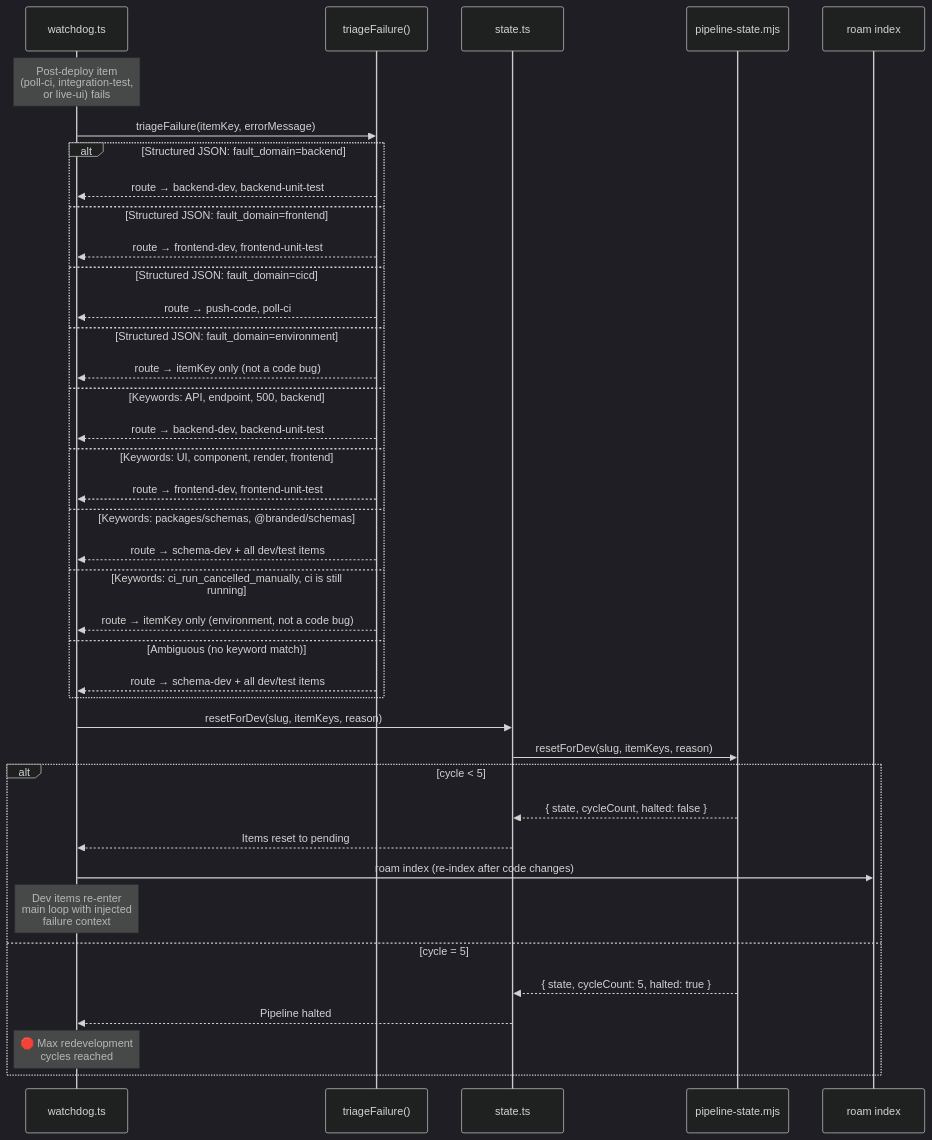
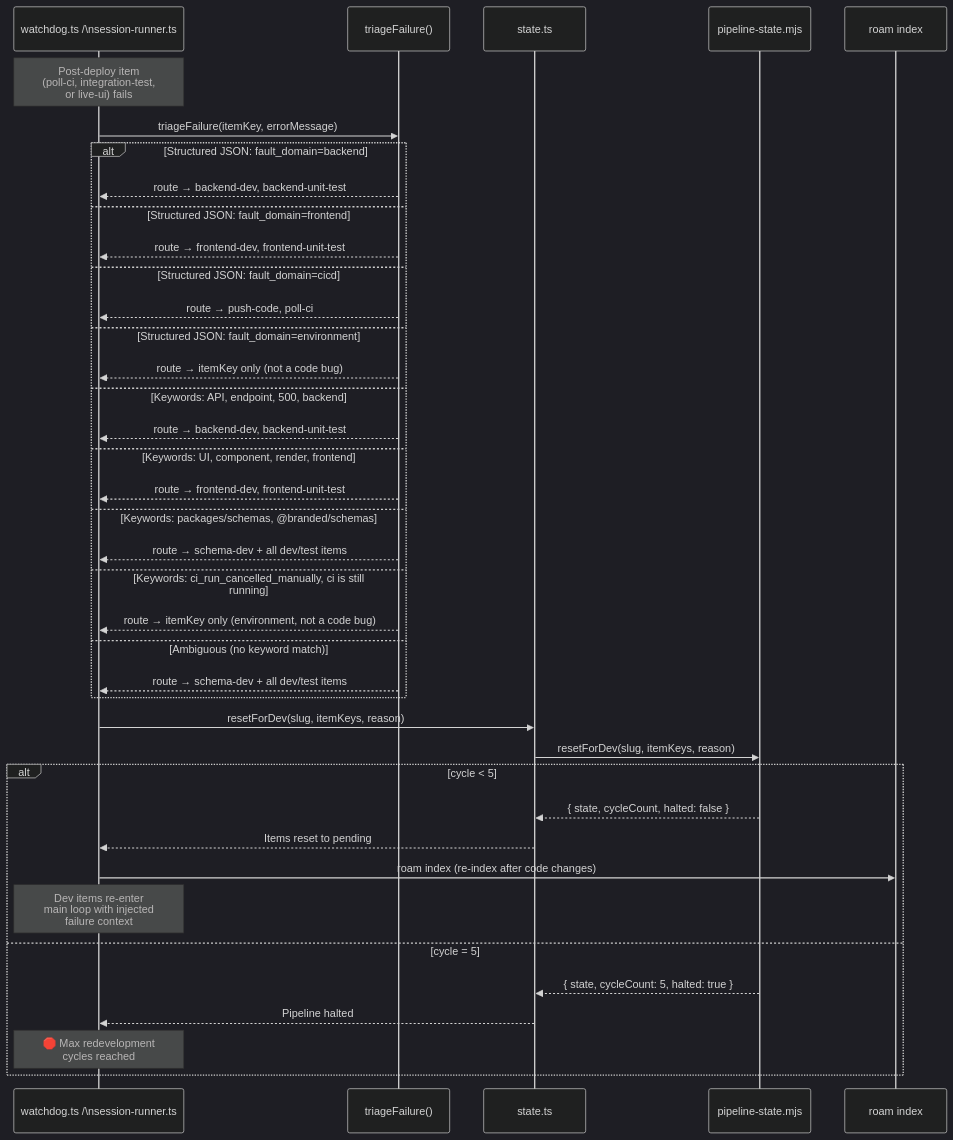
One commit to RomanKaliupinMelonusa/DAGent-t changed the fourth of 7 diagrams in tools/autonomous-factory/docs/04-state-machine.md. Above: the diagram before and after it, drawn with Mermaid (dark theme). The commit also changed 16 other files, not shown here.

````diff
--- a/tools/autonomous-factory/docs/04-state-machine.md
+++ b/tools/autonomous-factory/docs/04-state-machine.md
@@ -169,46 +169,46 @@
 ```mermaid
 sequenceDiagram
-    participant W as watchdog.ts
+    participant W as watchdog.ts /\nsession-runner.ts
     participant TF as triageFailure()
     participant S as state.ts
     participant PS as pipeline-state.mjs
     participant R as roam index
 
     Note over W: Post-deploy item<br/>(poll-ci, integration-test,<br/>or live-ui) fails
 
     W->>TF: triageFailure(itemKey, errorMessage)
 
     alt Structured JSON: fault_domain=backend
         TF-->>W: route → backend-dev, backend-unit-test
     else Structured JSON: fault_domain=frontend
         TF-->>W: route → frontend-dev, frontend-unit-test
     else Structured JSON: fault_domain=cicd
         TF-->>W: route → push-code, poll-ci
     else Structured JSON: fault_domain=environment
         TF-->>W: route → itemKey only (not a code bug)
     else Keywords: API, endpoint, 500, backend
         TF-->>W: route → backend-dev, backend-unit-test
     else Keywords: UI, component, render, frontend
         TF-->>W: route → frontend-dev, frontend-unit-test
     else Keywords: packages/schemas, @branded/schemas
         TF-->>W: route → schema-dev + all dev/test items
     else Keywords: ci_run_cancelled_manually, ci is still running
         TF-->>W: route → itemKey only (environment, not a code bug)
     else Ambiguous (no keyword match)
         TF-->>W: route → schema-dev + all dev/test items
     end
 
     W->>S: resetForDev(slug, itemKeys, reason)
     S->>PS: resetForDev(slug, itemKeys, reason)
 
     alt cycle < 5
         PS-->>S: { state, cycleCount, halted: false }
         S-->>W: Items reset to pending
         W->>R: roam index (re-index after code changes)
         Note over W: Dev items re-enter<br/>main loop with injected<br/>failure context
     else cycle = 5
         PS-->>S: { state, cycleCount: 5, halted: true }
         S-->>W: Pipeline halted
         Note over W: 🛑 Max redevelopment<br/>cycles reached
     end
 ```
````
